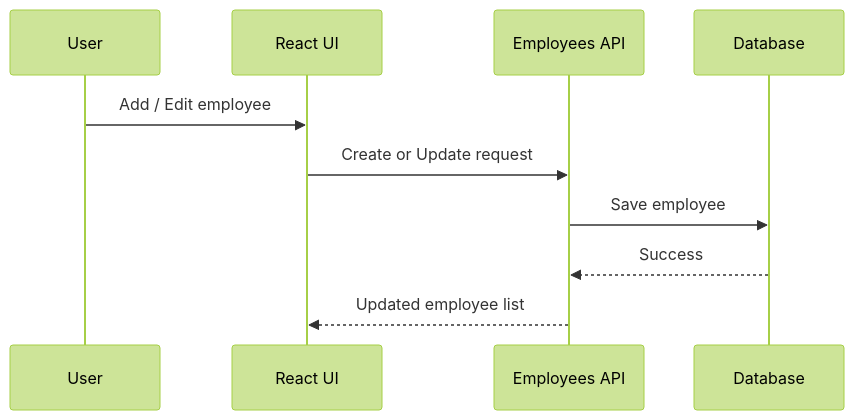
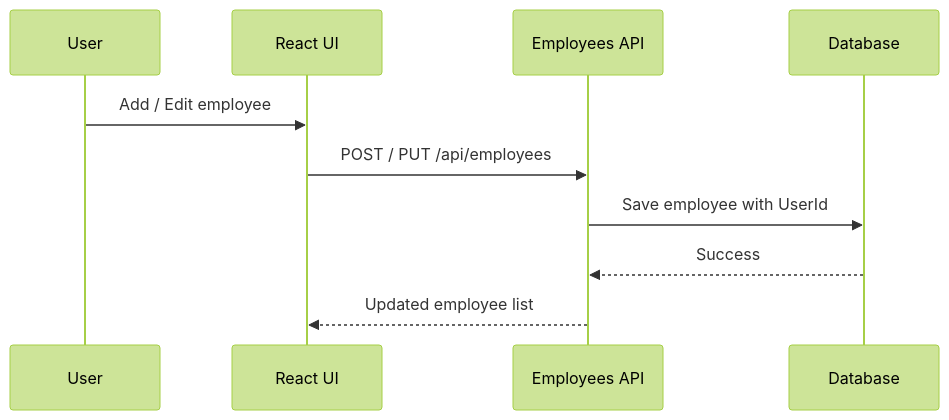
The fourth of 5 diagrams in README.md (regvedpande/EmployeeManager), drawn with Mermaid (forest theme) before and after one commit. The commit also changed other lines of this file, not shown here.

````diff
--- a/README.md
+++ b/README.md
@@ -107,13 +138,13 @@
 ```mermaid
 sequenceDiagram
     participant U as User
     participant F as React UI
     participant B as Employees API
     participant D as Database
 
     U->>F: Add / Edit employee
-    F->>B: Create or Update request
-    B->>D: Save employee
+    F->>B: POST / PUT /api/employees
+    B->>D: Save employee with UserId
     D-->>B: Success
     B-->>F: Updated employee list
 ```
````
